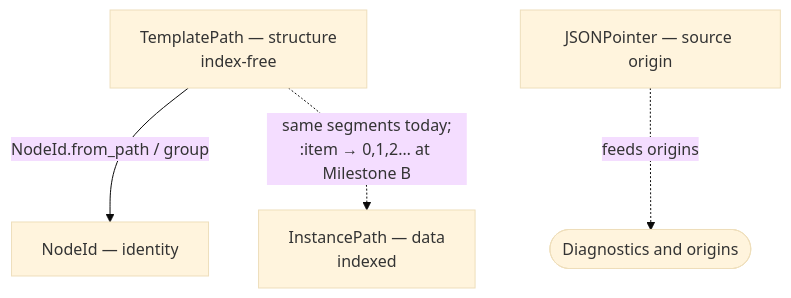
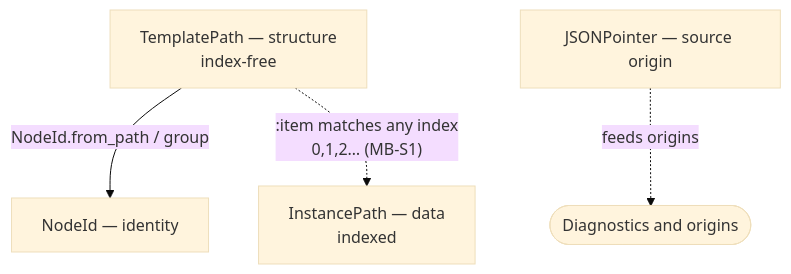
Before and after one commit to kioopi/formentation: the diagram in docs/Formentation/Techdocs/paths-and-identity.md, drawn with Mermaid (base theme). The commit also changed other lines of this file and 6 other files, not shown here.

````diff
--- a/docs/Formentation/Techdocs/paths-and-identity.md
+++ b/docs/Formentation/Techdocs/paths-and-identity.md
@@ -36,13 +36,13 @@
 ```mermaid
 flowchart TD
     TP["TemplatePath — structure<br/>index-free"]
     NID["NodeId — identity"]
     IP["InstancePath — data<br/>indexed"]
     JP["JSONPointer — source origin"]
 
     TP -->|"NodeId.from_path / group"| NID
-    TP -.->|"same segments today;<br/>:item → 0,1,2… at Milestone B"| IP
+    TP -.->|":item matches any index<br/>0,1,2… (MB-S1)"| IP
     JP -.->|"feeds origins"| Origins(["Diagnostics and origins"])
 
     class Origins internal-link
 ```
````
